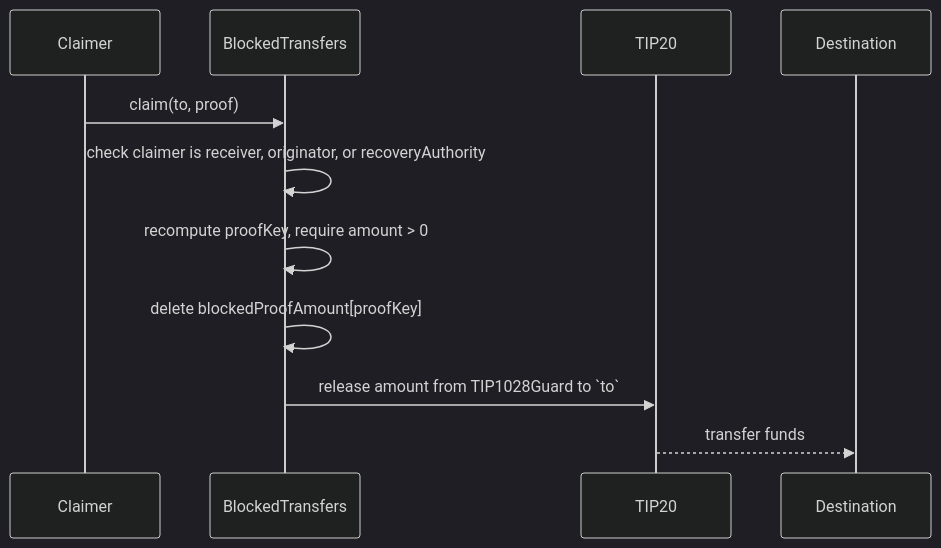
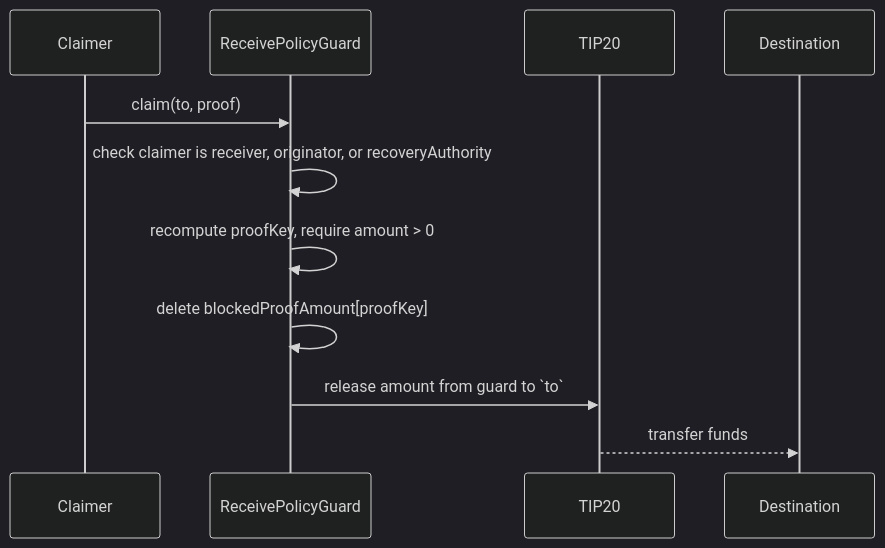
The second of 2 diagrams in tips/tip-1028.md (tempoxyz/tempo), drawn with Mermaid (dark theme) before and after one commit. The commit also changed other lines of this file, not shown here.

Commit message:
docs(tip-1028): rename receive policy guard

````diff
--- a/tips/tip-1028.md
+++ b/tips/tip-1028.md
@@ -313,14 +313,14 @@
 ```mermaid
 sequenceDiagram
     participant Claimer
-    participant BlockedTransfers
+    participant ReceivePolicyGuard
     participant TIP20
     participant Destination
 
-    Claimer->>BlockedTransfers: claim(to, proof)
-    BlockedTransfers->>BlockedTransfers: check claimer is receiver, originator, or recoveryAuthority
-    BlockedTransfers->>BlockedTransfers: recompute proofKey, require amount > 0
-    BlockedTransfers->>BlockedTransfers: delete blockedProofAmount[proofKey]
-    BlockedTransfers->>TIP20: release amount from TIP1028Guard to `to`
+    Claimer->>ReceivePolicyGuard: claim(to, proof)
+    ReceivePolicyGuard->>ReceivePolicyGuard: check claimer is receiver, originator, or recoveryAuthority
+    ReceivePolicyGuard->>ReceivePolicyGuard: recompute proofKey, require amount > 0
+    ReceivePolicyGuard->>ReceivePolicyGuard: delete blockedProofAmount[proofKey]
+    ReceivePolicyGuard->>TIP20: release amount from guard to `to`
     TIP20-->>Destination: transfer funds
 ```
````
